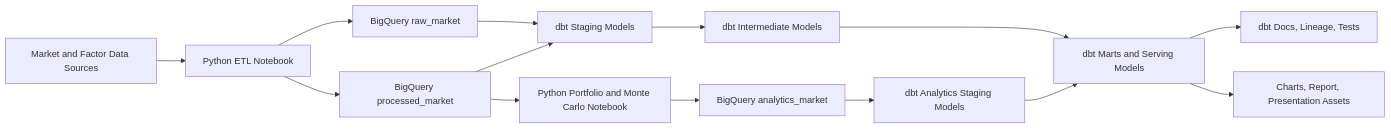
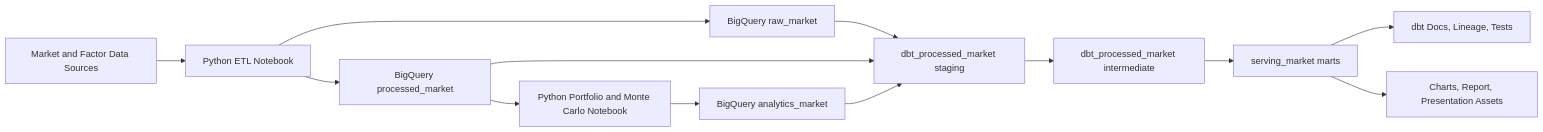
Before and after one commit to joseBouza17/bigdata-merval-analysis: the diagram in README.md, drawn with Mermaid. The commit also changed other lines of this file and 5 other files, not shown here.

Commit message:
debugging: 02_transform_serve_montecarlo.ipynb, README.md, dbt_project.yml, merval_analysis.ipynb, models/intermediate/int_portfolio_weights.sql new file: macros/generate_schema_name.sql

````diff
--- a/README.md
+++ b/README.md
@@ -53,16 +53,15 @@
 ```mermaid
 flowchart LR
     A[Market and Factor Data Sources] --> B[Python ETL Notebook]
     B --> C[BigQuery raw_market]
     B --> D[BigQuery processed_market]
-    C --> E[dbt Staging Models]
-    D --> E
-    E --> F[dbt Intermediate Models]
-    F --> G[dbt Marts and Serving Models]
     D --> H[Python Portfolio and Monte Carlo Notebook]
     H --> I[BigQuery analytics_market]
-    I --> J[dbt Analytics Staging Models]
-    J --> G
+    C --> E[dbt_processed_market staging]
+    D --> E
+    I --> E
+    E --> F[dbt_processed_market intermediate]
+    F --> G[serving_market marts]
     G --> K[dbt Docs, Lineage, Tests]
     G --> L[Charts, Report, Presentation Assets]
 ```
````
